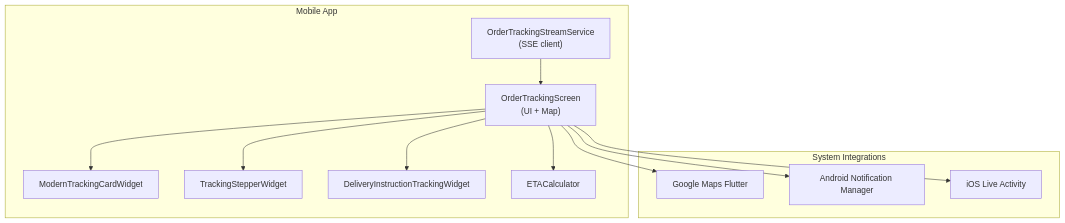
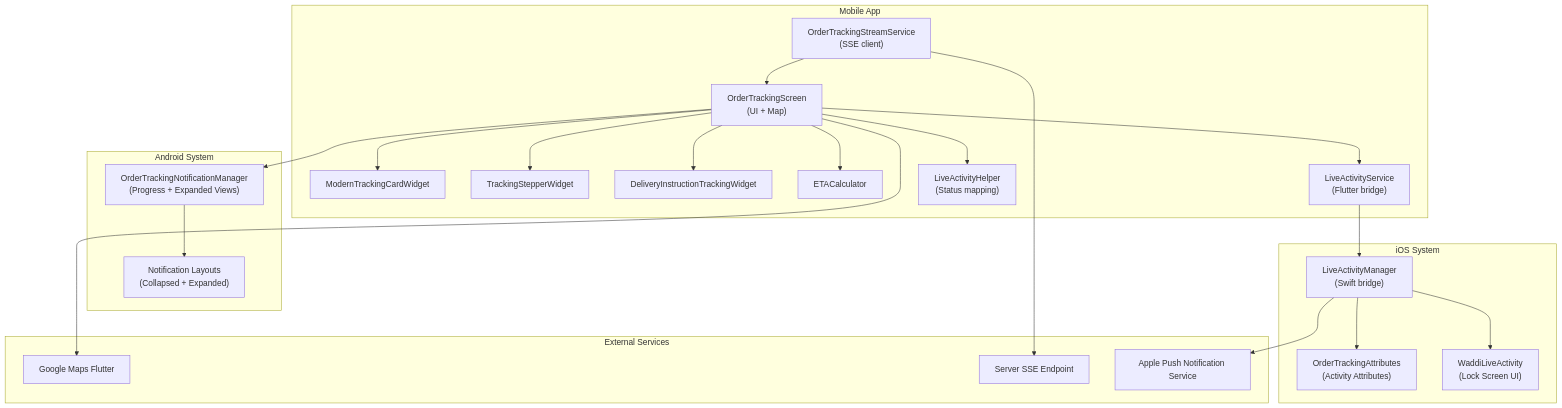
One commit to Hamdies/waddy_user changed the first of 10 diagrams in .qoder/repowiki/en/content/Real-Time Communication/Live Order Tracking.md. Above: the diagram before and after it, drawn with Mermaid. The commit also changed other lines of this file and 773 other files, not shown here.

````diff
--- a/.qoder/repowiki/en/content/Real-Time Communication/Live Order Tracking.md
+++ b/.qoder/repowiki/en/content/Real-Time Communication/Live Order Tracking.md
@@ -32,24 +47,42 @@
 ```mermaid
 graph TB
 subgraph "Mobile App"
 OTS["OrderTrackingStreamService<br/>(SSE client)"]
 OTC["OrderTrackingScreen<br/>(UI + Map)"]
 MTC["ModernTrackingCardWidget"]
 TSW["TrackingStepperWidget"]
 DITW["DeliveryInstructionTrackingWidget"]
 Eta["ETACalculator"]
+LAS["LiveActivityService<br/>(Flutter bridge)"]
+LAH["LiveActivityHelper<br/>(Status mapping)"]
 end
-subgraph "System Integrations"
+subgraph "Android System"
+ANM["OrderTrackingNotificationManager<br/>(Progress + Expanded Views)"]
+NOTIF_XML["Notification Layouts<br/>(Collapsed + Expanded)"]
+end
+subgraph "iOS System"
+LAM["LiveActivityManager<br/>(Swift bridge)"]
+OTA["OrderTrackingAttributes<br/>(Activity Attributes)"]
+WLA["WaddiLiveActivity<br/>(Lock Screen UI)"]
+end
+subgraph "External Services"
 GMaps["Google Maps Flutter"]
-Notif["Android Notification Manager"]
-LiveAct["iOS Live Activity"]
+Backend["Server SSE Endpoint"]
+APNS["Apple Push Notification Service"]
 end
 OTS --> OTC
 OTC --> GMaps
-OTC --> Notif
-OTC --> LiveAct
+OTC --> LAS
+OTC --> LAH
+LAS --> LAM
+LAM --> OTA
+LAM --> WLA
+OTC --> ANM
+ANM --> NOTIF_XML
 OTC --> Eta
 OTC --> MTC
 OTC --> TSW
 OTC --> DITW
+OTS --> Backend
+LAM --> APNS
 ```
````
